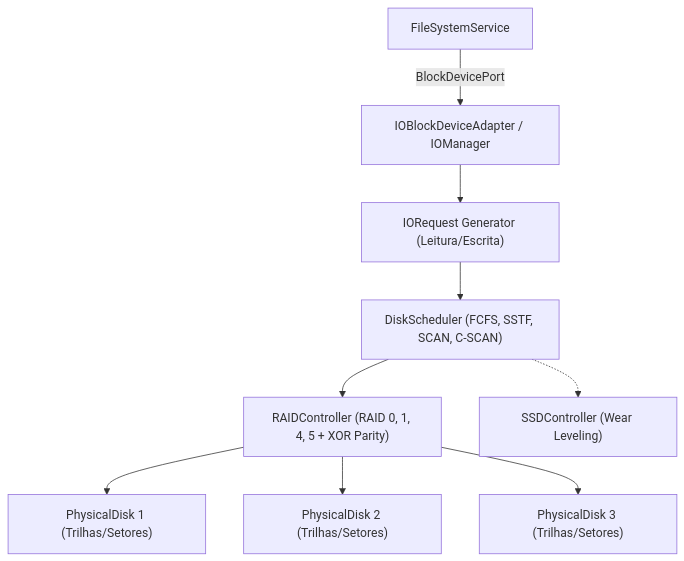
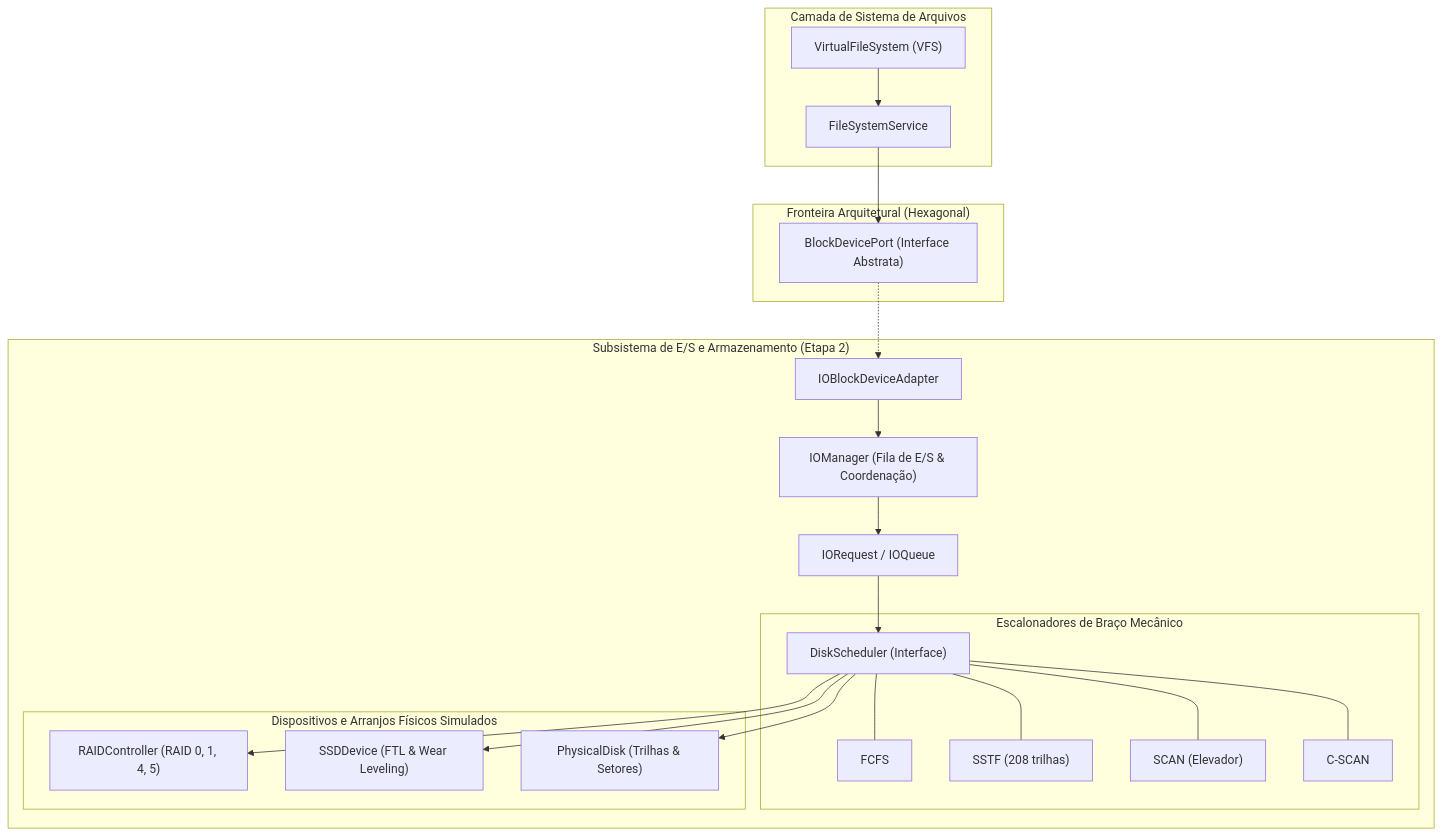
Before and after one commit to matheussbastos1/OS_simulator: the third of 6 diagrams in docs/ARCHITECTURE.md, drawn with Mermaid. The commit also changed other lines of this file and 5 other files, not shown here.

Commit message:
docs: document Stage 2 IO, schedulers, SSD wear leveling, and RAID architectures (incremento 7)

````diff
--- a/docs/ARCHITECTURE.md
+++ b/docs/ARCHITECTURE.md
@@ -105,11 +107,46 @@
 ```mermaid
 flowchart TD
-    FS["FileSystemService"] -->|BlockDevicePort| IO["IOBlockDeviceAdapter / IOManager"]
-    IO --> REQ["IORequest Generator (Leitura/Escrita)"]
-    REQ --> SCHED["DiskScheduler (FCFS, SSTF, SCAN, C-SCAN)"]
-    SCHED --> RAID["RAIDController (RAID 0, 1, 4, 5 + XOR Parity)"]
-    RAID --> DISK1["PhysicalDisk 1 (Trilhas/Setores)"]
-    RAID --> DISK2["PhysicalDisk 2 (Trilhas/Setores)"]
-    RAID --> DISK3["PhysicalDisk 3 (Trilhas/Setores)"]
-    SCHED -.-> SSD["SSDController (Wear Leveling)"]
+    subgraph FilesystemLayer ["Camada de Sistema de Arquivos"]
+        VFS["VirtualFileSystem (VFS)"]
+        FSS["FileSystemService"]
+        VFS --> FSS
+    end
+
+    subgraph PortBoundary ["Fronteira Arquitetural (Hexagonal)"]
+        PORT["BlockDevicePort (Interface Abstrata)"]
+        FSS --> PORT
+    end
+
+    subgraph IOInfrastructure ["Subsistema de E/S e Armazenamento (Etapa 2)"]
+        ADAPTER["IOBlockDeviceAdapter"]
+        PORT -.-> ADAPTER
+        
+        IOMAN["IOManager (Fila de E/S & Coordenação)"]
+        ADAPTER --> IOMAN
+        
+        REQ["IORequest / IOQueue"]
+        IOMAN --> REQ
+        
+        subgraph Schedulers ["Escalonadores de Braço Mecânico"]
+            SCHED["DiskScheduler (Interface)"]
+            FCFS["FCFS"]
+            SSTF["SSTF (208 trilhas)"]
+            SCAN["SCAN (Elevador)"]
+            CSCAN["C-SCAN"]
+            SCHED --- FCFS
+            SCHED --- SSTF
+            SCHED --- SCAN
+            SCHED --- CSCAN
+        end
+        REQ --> SCHED
+
+        subgraph Backends ["Dispositivos e Arranjos Físicos Simulados"]
+            RAID["RAIDController (RAID 0, 1, 4, 5)"]
+            SSD["SSDDevice (FTL & Wear Leveling)"]
+            PDSK["PhysicalDisk (Trilhas & Setores)"]
+        end
+        SCHED --> RAID
+        SCHED --> SSD
+        SCHED --> PDSK
+    end
 ```
````
